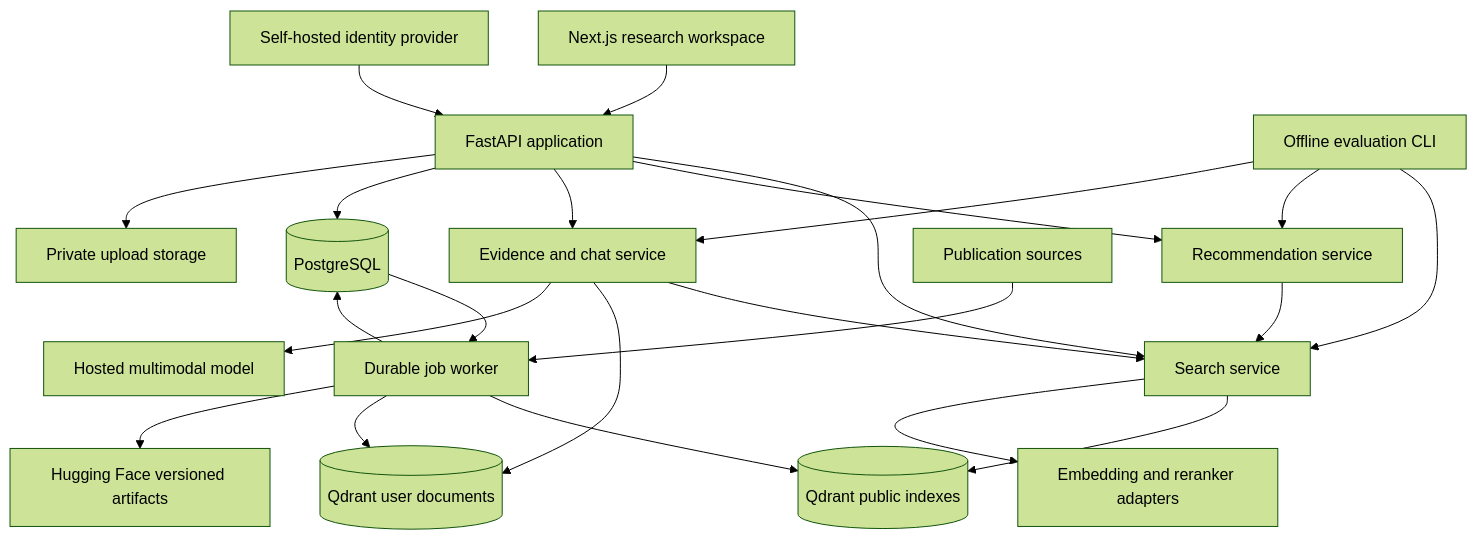
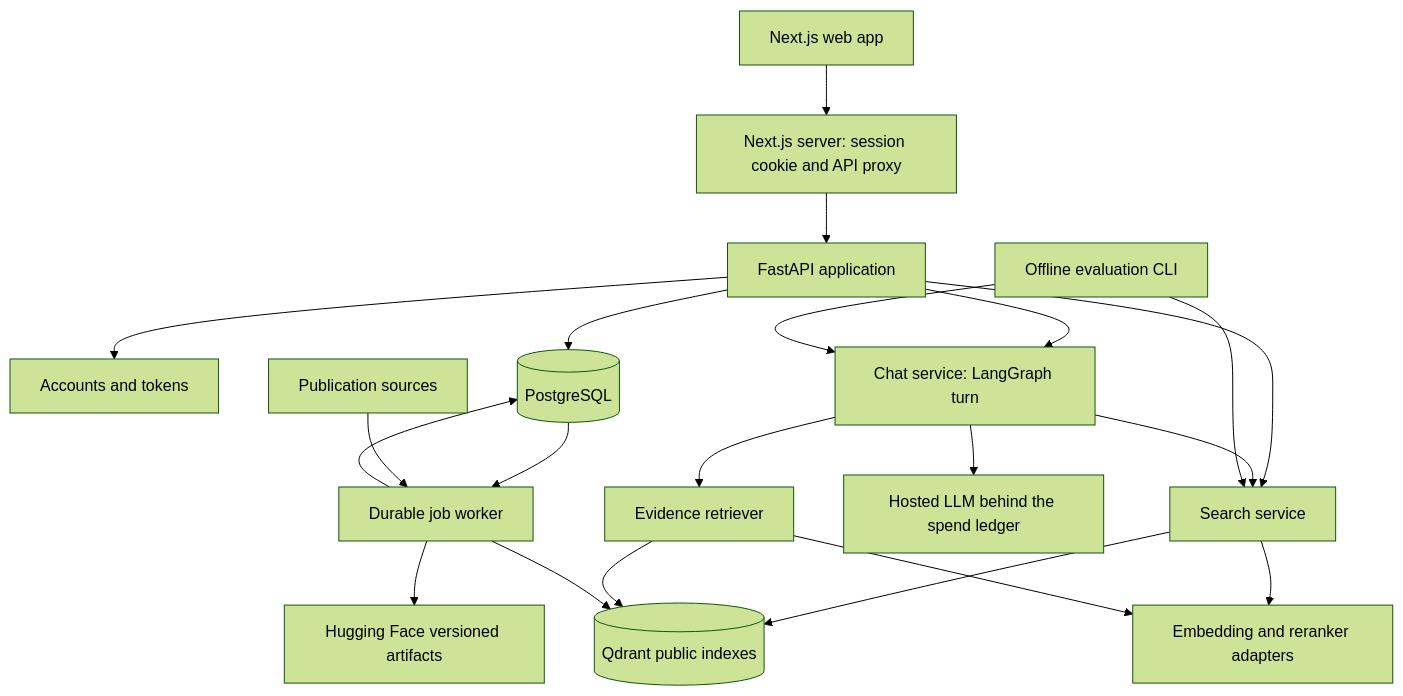
One commit to PhamHongPhuc2712/ML-Papers-RAG-bot changed the diagram in docs/superpowers/specs/2026-09-05-ml-research-copilot-design.md. Above: the diagram before and after it, drawn with Mermaid (forest theme). The commit also changed other lines of this file and 10 other files, not shown here.

First line of the commit message:
docs: replan the roadmap around paper search and grounded chat

````diff
--- a/docs/superpowers/specs/2026-09-05-ml-research-copilot-design.md
+++ b/docs/superpowers/specs/2026-09-05-ml-research-copilot-design.md
@@ -53,25 +57,23 @@
 ```mermaid
 flowchart TD
-  UI[Next.js research workspace] --> API[FastAPI application]
-  AUTH[Self-hosted identity provider] --> API
+  UI[Next.js web app] --> BFF[Next.js server: session cookie and API proxy]
+  BFF --> API[FastAPI application]
+  API --> AUTH[Accounts and tokens]
   API --> SEARCH[Search service]
-  API --> REC[Recommendation service]
-  API --> RAG[Evidence and chat service]
+  API --> CHAT[Chat service: LangGraph turn]
   API --> PG[(PostgreSQL)]
   SEARCH --> Q[(Qdrant public indexes)]
-  REC --> SEARCH
-  RAG --> SEARCH
-  RAG --> PRIVATE[(Qdrant user documents)]
+  CHAT --> SEARCH
+  CHAT --> EVID[Evidence retriever]
+  EVID --> Q
   SEARCH --> MODELS[Embedding and reranker adapters]
-  RAG --> LLM[Hosted multimodal model]
-  API --> FILES[Private upload storage]
+  EVID --> MODELS
+  CHAT --> LLM[Hosted LLM behind the spend ledger]
   PG --> WORKER[Durable job worker]
   SOURCES[Publication sources] --> WORKER
   WORKER --> PG
   WORKER --> Q
-  WORKER --> PRIVATE
   WORKER --> HF[Hugging Face versioned artifacts]
   EVAL[Offline evaluation CLI] --> SEARCH
-  EVAL --> REC
-  EVAL --> RAG
+  EVAL --> CHAT
 ```
````
